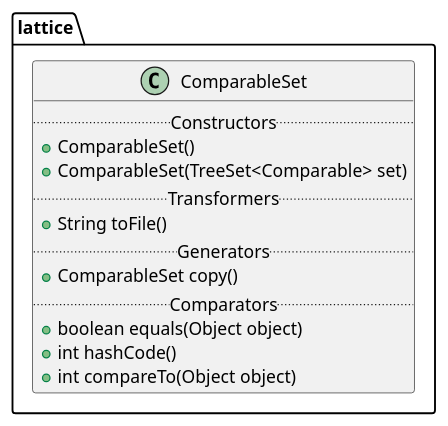
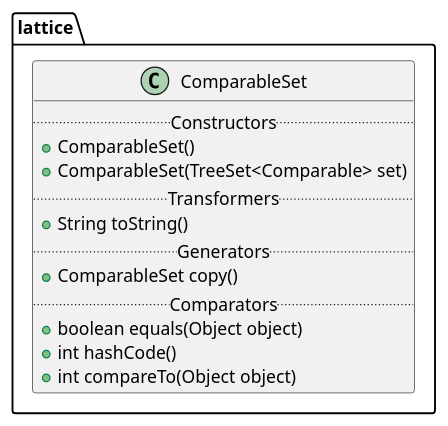
One commit to thegalactic/java-lattices changed the diagram in src/lattice/ComparableSet.iuml. Above: the diagram before and after it, drawn with PlantUML. The commit also changed 3 other files, not shown here.

```diff
--- a/src/lattice/ComparableSet.iuml
+++ b/src/lattice/ComparableSet.iuml
@@ -1,15 +1,15 @@
 package lattice {
     class ComparableSet {
         .. Constructors ..
         +ComparableSet()
         +ComparableSet(TreeSet<Comparable> set)
         .. Transformers ..
-        +String toFile()
+        +String toString()
         .. Generators ..
         +ComparableSet copy()
         .. Comparators ..
         +boolean equals(Object object)
         +int hashCode()
         +int compareTo(Object object)
     }
 }
```
